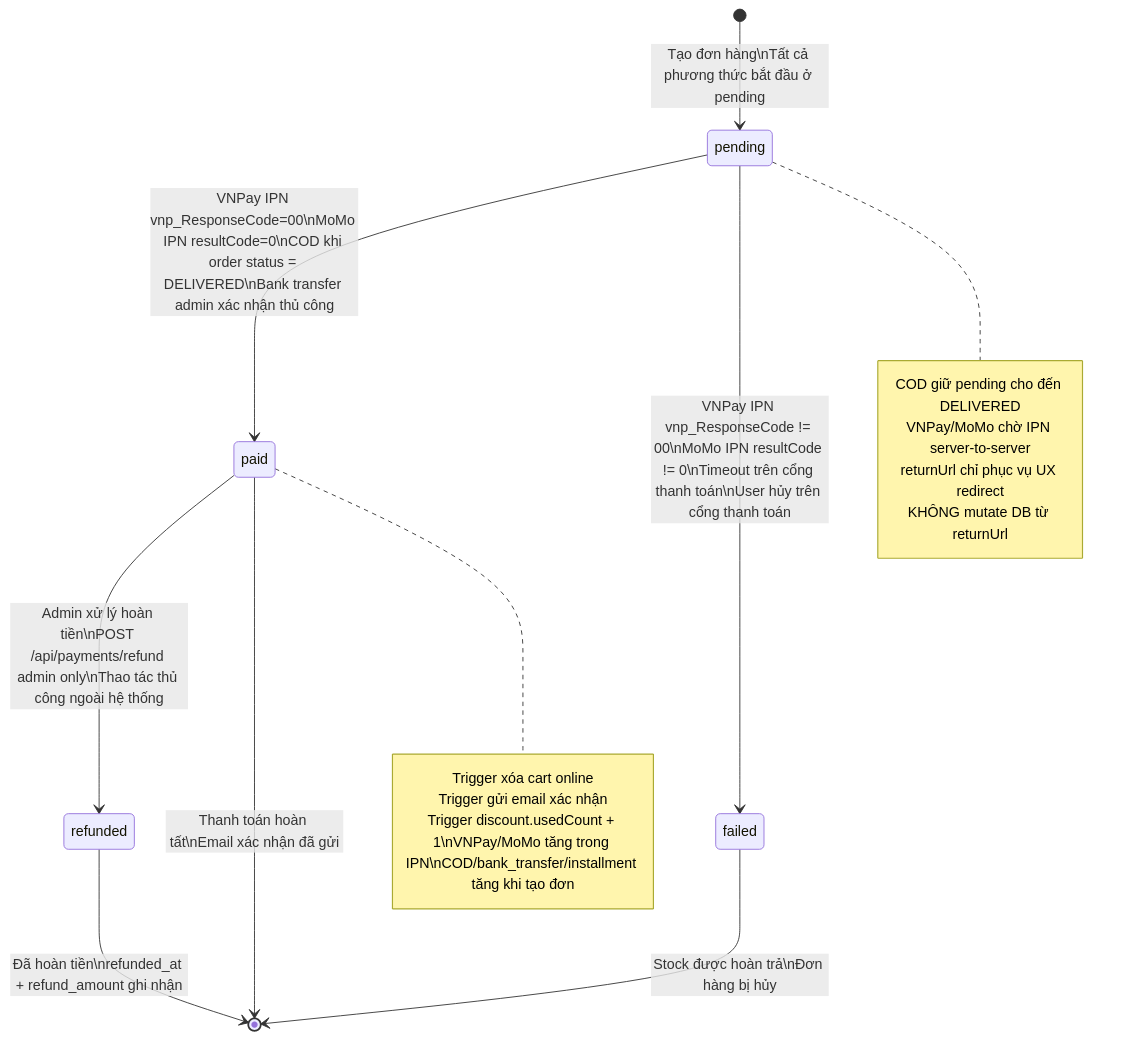
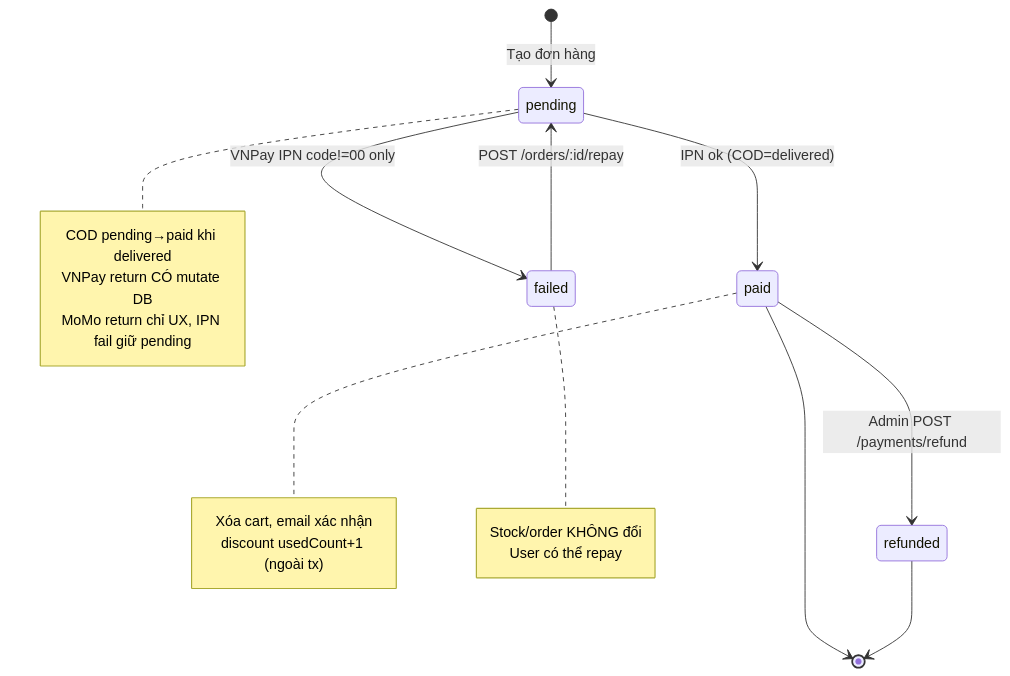
Before and after one commit to MinhThang1009/E-commerce-website: diagram 41 of 47 in DIAGRAMS.md, drawn with Mermaid. The commit also changed other lines of this file and 67 other files, not shown here.

````diff
--- a/DIAGRAMS.md
+++ b/DIAGRAMS.md
@@ -1441,29 +1742,33 @@
 ```mermaid
 stateDiagram-v2
-    [*] --> pending : Tạo đơn hàng\nTất cả phương thức bắt đầu ở pending
+    direction TB
+    [*] --> pending : Tạo đơn hàng
 
-    pending --> paid : VNPay IPN vnp_ResponseCode=00\nMoMo IPN resultCode=0\nCOD khi order status = DELIVERED\nBank transfer admin xác nhận thủ công
+    pending --> paid : IPN ok (COD=delivered)
 
-    pending --> failed : VNPay IPN vnp_ResponseCode != 00\nMoMo IPN resultCode != 0\nTimeout trên cổng thanh toán\nUser hủy trên cổng thanh toán
+    pending --> failed : VNPay IPN code!=00 only
 
-    paid --> refunded : Admin xử lý hoàn tiền\nPOST /api/payments/refund admin only\nThao tác thủ công ngoài hệ thống
+    failed --> pending : POST /orders/:id/repay
 
-    failed --> [*] : Stock được hoàn trả\nĐơn hàng bị hủy
+    paid --> refunded : Admin POST /payments/refund
 
-    paid --> [*] : Thanh toán hoàn tất\nEmail xác nhận đã gửi
+    paid --> [*]
 
-    refunded --> [*] : Đã hoàn tiền\nrefunded_at + refund_amount ghi nhận
+    refunded --> [*]
 
     note right of pending
-        COD giữ pending cho đến DELIVERED
-        VNPay/MoMo chờ IPN server-to-server
-        returnUrl chỉ phục vụ UX redirect
-        KHÔNG mutate DB từ returnUrl
+        COD pending→paid khi delivered
+        VNPay return CÓ mutate DB
+        MoMo return chỉ UX, IPN fail giữ pending
     end note
 
     note right of paid
-        Trigger xóa cart online
-        Trigger gửi email xác nhận
-        Trigger discount.usedCount + 1\nVNPay/MoMo tăng trong IPN\nCOD/bank_transfer/installment tăng khi tạo đơn
+        Xóa cart, email xác nhận
+        discount usedCount+1 (ngoài tx)
+    end note
+
+    note right of failed
+        Stock/order KHÔNG đổi
+        User có thể repay
     end note
 ```
````
